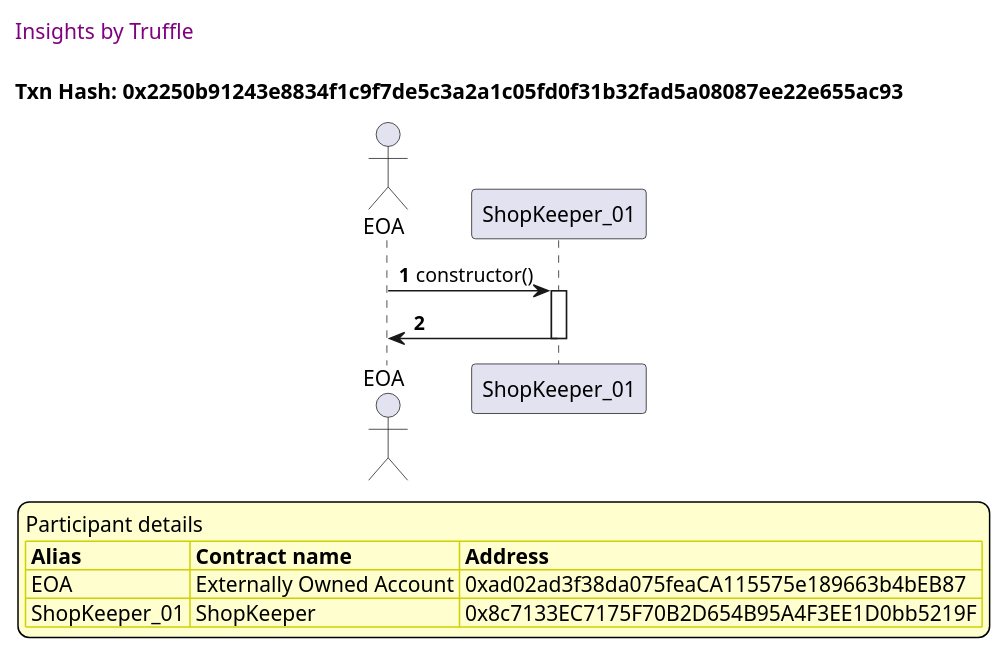
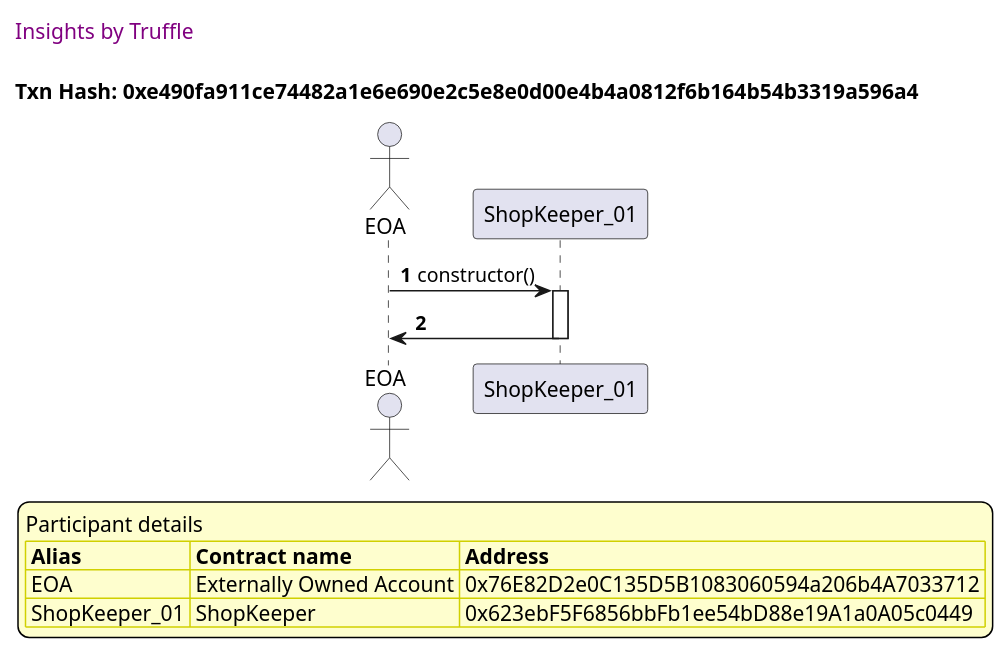
Before and after one commit to thedarkjester/ConsensysAssignment: the fourth of 10 diagrams in truffle-seq/Shop_test_shopkeeper_add_shop.md, drawn with PlantUML. The commit also changed other lines of this file and 13 other files, not shown here.

````diff
--- a/truffle-seq/Shop_test_shopkeeper_add_shop.md
+++ b/truffle-seq/Shop_test_shopkeeper_add_shop.md
@@ -174,37 +163,37 @@
 ```plantuml
 
 
 @startuml
 
 autonumber
 skinparam legendBackgroundColor #FEFECE
 
 <style>
       header {
         HorizontalAlignment left
         FontColor purple
         FontSize 14
         Padding 10
       }
     </style>
 
 header Insights by Truffle
 
-title Txn Hash: 0x2250b91243e8834f1c9f7de5c3a2a1c05fd0f31b32fad5a08087ee22e655ac93
+title Txn Hash: 0xe490fa911ce74482a1e6e690e2c5e8e0d00e4b4a0812f6b164b54b3319a596a4
 
 
 actor EOA as "EOA"
 participant ShopKeeper_01 as "ShopKeeper_01"
 
 "EOA" -> "ShopKeeper_01" ++: constructor()
 "ShopKeeper_01" -> "EOA" --: 
 
 legend
 Participant details
 <#FEFECE,#D0D000>|= Alias |= Contract name |= Address |
-<#FEFECE>| EOA | Externally Owned Account | 0xad02ad3f38da075feaCA115575e189663b4bEB87 |
-<#FEFECE>| ShopKeeper_01 | ShopKeeper | 0x8c7133EC7175F70B2D654B95A4F3EE1D0bb5219F |
+<#FEFECE>| EOA | Externally Owned Account | 0x76E82D2e0C135D5B1083060594a206b4A7033712 |
+<#FEFECE>| ShopKeeper_01 | ShopKeeper | 0x623ebF5F6856bbFb1ee54bD88e19A1a0A05c0449 |
 endlegend
 
 @enduml
 ```
````
